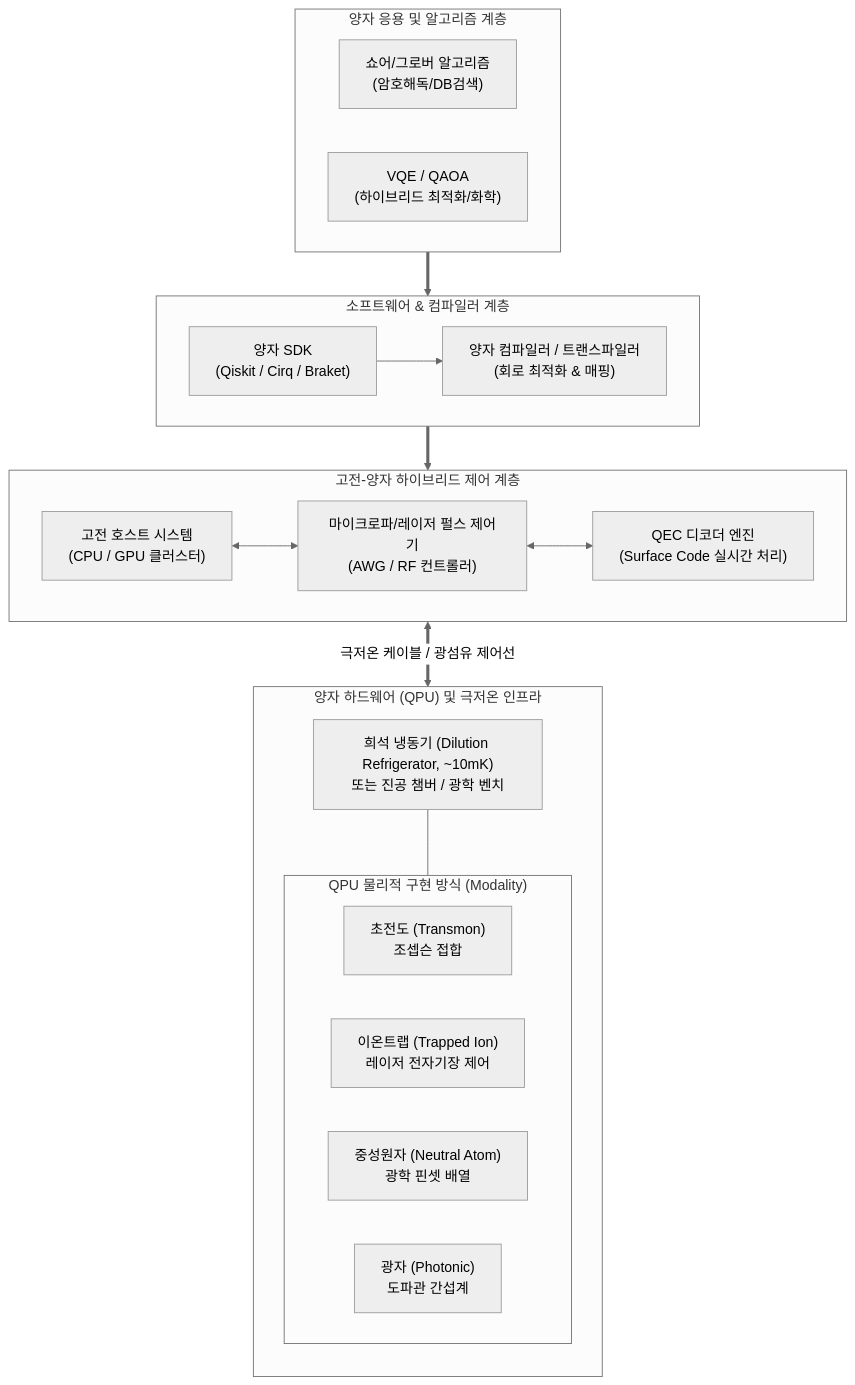
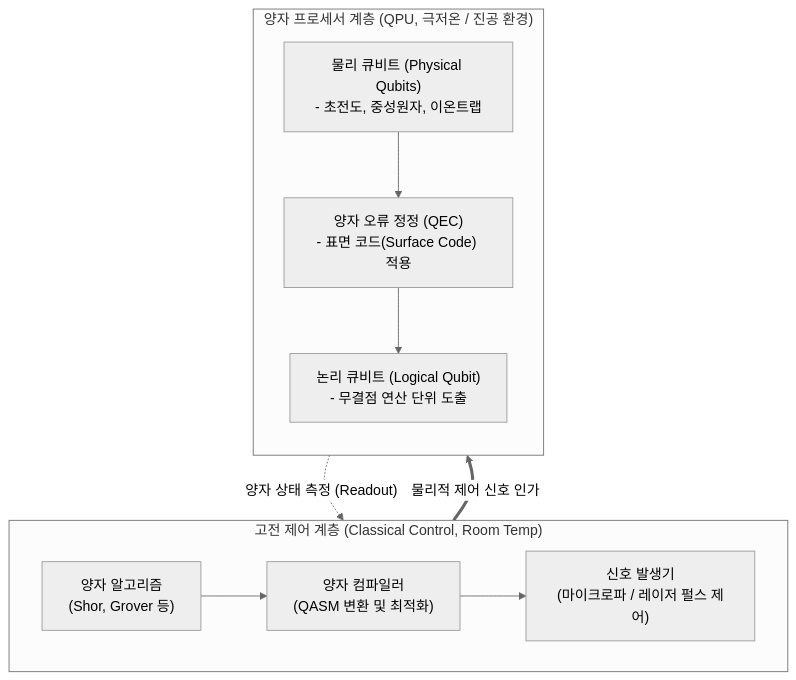
Before and after one commit to supremethumb/supremethumb.github.io: the diagram in content/02_IT_Tech/양자컴퓨터.md, drawn with Mermaid (neutral theme). The commit also changed other lines of this file and 1970 other files, not shown here.

First line of the commit message:
feat(content): restructure 02_IT_Tech with 10 domain MOCs, wikilinks, related topics, and fix all mermaid syntax errors

````diff
--- a/content/02_IT_Tech/양자컴퓨터.md
+++ b/content/02_IT_Tech/양자컴퓨터.md
@@ -36,42 +27,23 @@
 ```mermaid
 flowchart TB
-    subgraph APP["양자 응용 및 알고리즘 계층"]
+    subgraph Classical_Control ["고전 제어 계층 (Classical Control, Room Temp)"]
         direction LR
-        SHOR["쇼어/그로버 알고리즘<br/>(암호해독/DB검색)"]
-        HYBRID_ALGO["VQE / QAOA<br/>(하이브리드 최적화/화학)"]
+        Algo["양자 알고리즘<br/>(Shor, Grover 등)"]
+        Compiler["양자 컴파일러<br/>(QASM 변환 및 최적화)"]
+        Controller["신호 발생기<br/>(마이크로파 / 레이저 펄스 제어)"]
+        Algo --> Compiler --> Controller
     end
+    
+    subgraph QPU_Env ["양자 프로세서 계층 (QPU, 극저온 / 진공 환경)"]
+        direction TB
+        Physical["물리 큐비트 (Physical Qubits)<br/>- 초전도, 중성원자, 이온트랩"]
+        QEC["양자 오류 정정 (QEC)<br/>- 표면 코드(Surface Code) 적용"]
+        Logical["논리 큐비트 (Logical Qubit)<br/>- 무결점 연산 단위 도출"]
+        
+        Physical --> QEC --> Logical
+    end
+    
+    Controller ==>|"물리적 제어 신호 인가"| Physical
+    Logical -.->|"양자 상태 측정 (Readout)"| Classical_Control
 
-    subgraph SW_STACK["소프트웨어 & 컴파일러 계층"]
-        direction LR
-        SDK["양자 SDK<br/>(Qiskit / Cirq / Braket)"]
-        COMPILER["양자 컴파일러 / 트랜스파일러<br/>(회로 최적화 & 매핑)"]
-        SDK --> COMPILER
-    end
-
-    subgraph RUNTIME["고전-양자 하이브리드 제어 계층"]
-        direction LR
-        CPU_GPU["고전 호스트 시스템<br/>(CPU / GPU 클러스터)"]
-        PULSE["마이크로파/레이저 펄스 제어기<br/>(AWG / RF 컨트롤러)"]
-        QEC_ENG["QEC 디코더 엔진<br/>(Surface Code 실시간 처리)"]
-        CPU_GPU <--> PULSE
-        PULSE <--> QEC_ENG
-    end
-
-    subgraph QPU_ENV["양자 하드웨어 (QPU) 및 극저온 인프라"]
-        direction TB
-        CRYO["희석 냉동기 (Dilution Refrigerator, ~10mK)<br/>또는 진공 챔버 / 광학 벤치"]
-        
-        subgraph MODALITY["QPU 물리적 구현 방식 (Modality)"]
-            direction LR
-            SUPER["초전도 (Transmon)<br/>조셉슨 접합"]
-            ION["이온트랩 (Trapped Ion)<br/>레이저 전자기장 제어"]
-            NEUTRAL["중성원자 (Neutral Atom)<br/>광학 핀셋 배열"]
-            PHOTO["광자 (Photonic)<br/>도파관 간섭계"]
-        end
-        CRYO --- MODALITY
-    end
-
-    APP ==> SW_STACK
-    SW_STACK ==> RUNTIME
-    RUNTIME <== "극저온 케이블 / 광섬유 제어선" ==> QPU_ENV
 ```
````
